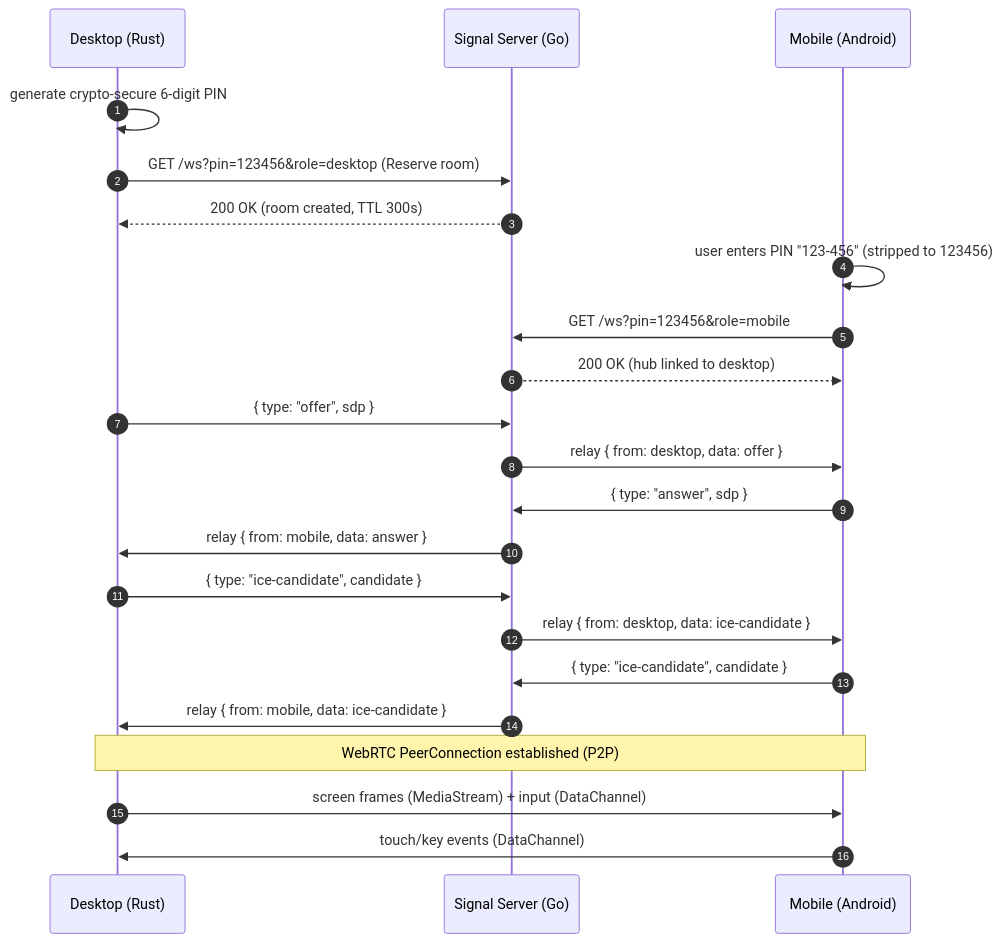
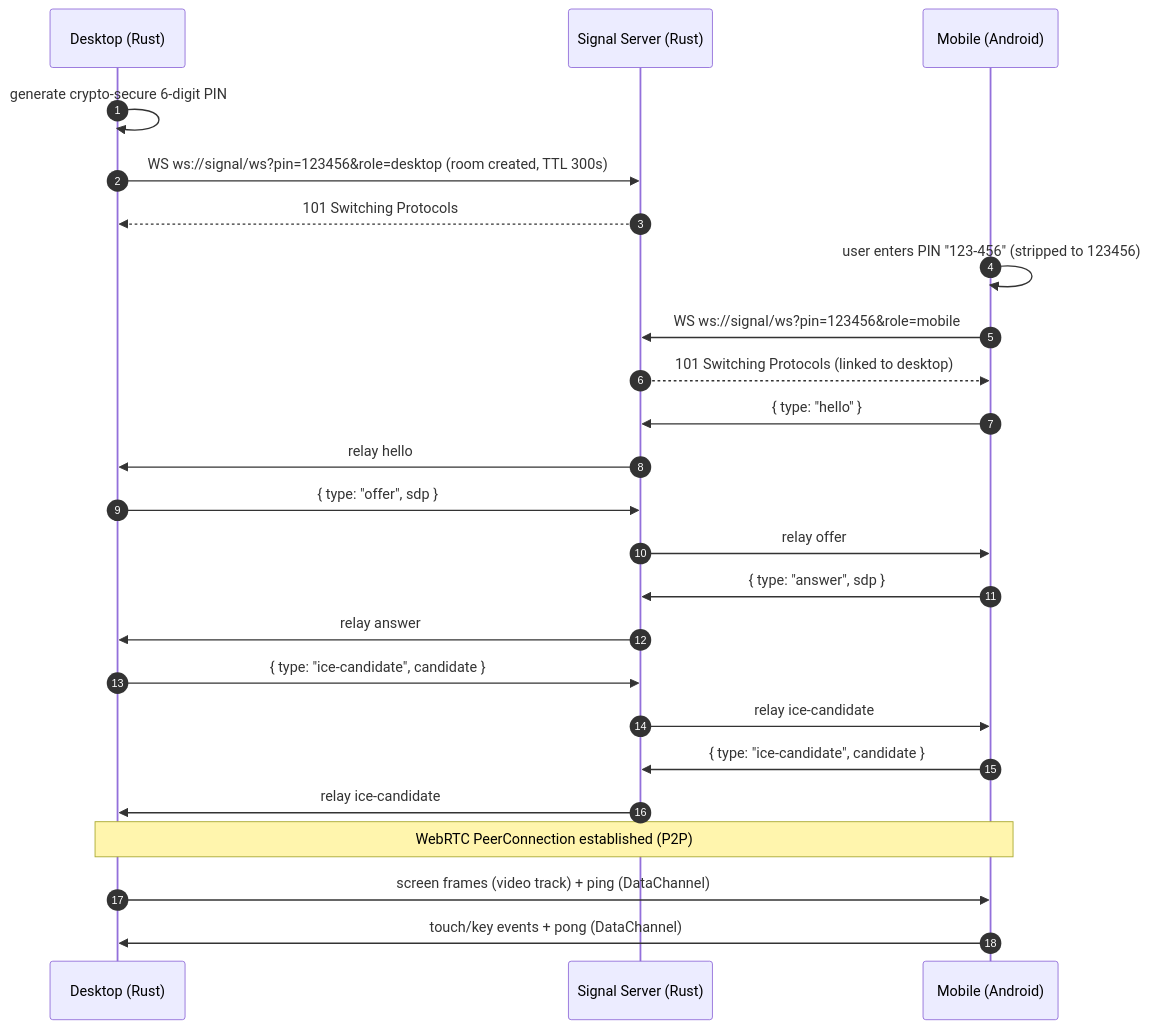
Before and after one commit to colgecen/PCHome: the diagram in docs/handshake-sequence.md, drawn with Mermaid. The commit also changed other lines of this file and 5 other files, not shown here.

````diff
--- a/docs/handshake-sequence.md
+++ b/docs/handshake-sequence.md
@@ -3,30 +3,32 @@
 ```mermaid
 sequenceDiagram
     autonumber
     participant D as Desktop (Rust)
-    participant S as Signal Server (Go)
+    participant S as Signal Server (Rust)
     participant M as Mobile (Android)
 
     D->>D: generate crypto-secure 6-digit PIN
-    D->>S: GET /ws?pin=123456&role=desktop (Reserve room)
-    S-->>D: 200 OK (room created, TTL 300s)
+    D->>S: WS ws://signal/ws?pin=123456&role=desktop (room created, TTL 300s)
+    S-->>D: 101 Switching Protocols
 
     M->>M: user enters PIN "123-456" (stripped to 123456)
-    M->>S: GET /ws?pin=123456&role=mobile
-    S-->>M: 200 OK (hub linked to desktop)
+    M->>S: WS ws://signal/ws?pin=123456&role=mobile
+    S-->>M: 101 Switching Protocols (linked to desktop)
 
+    M->>S: { type: "hello" }
+    S->>D: relay hello
     D->>S: { type: "offer", sdp }
-    S->>M: relay { from: desktop, data: offer }
+    S->>M: relay offer
     M->>S: { type: "answer", sdp }
-    S->>D: relay { from: mobile, data: answer }
+    S->>D: relay answer
 
     D->>S: { type: "ice-candidate", candidate }
-    S->>M: relay { from: desktop, data: ice-candidate }
+    S->>M: relay ice-candidate
     M->>S: { type: "ice-candidate", candidate }
-    S->>D: relay { from: mobile, data: ice-candidate }
+    S->>D: relay ice-candidate
 
     Note over D,M: WebRTC PeerConnection established (P2P)
 
-    D->>M: screen frames (MediaStream) + input (DataChannel)
-    M->>D: touch/key events (DataChannel)
+    D->>M: screen frames (video track) + ping (DataChannel)
+    M->>D: touch/key events + pong (DataChannel)
 ```
````
